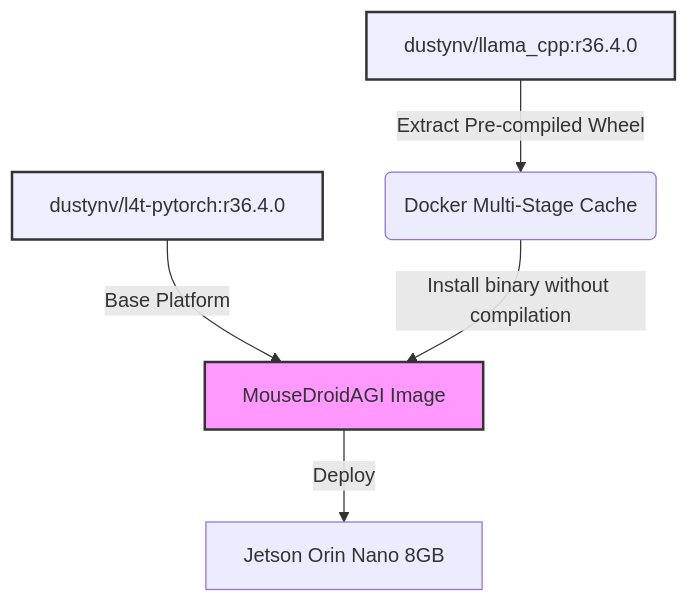
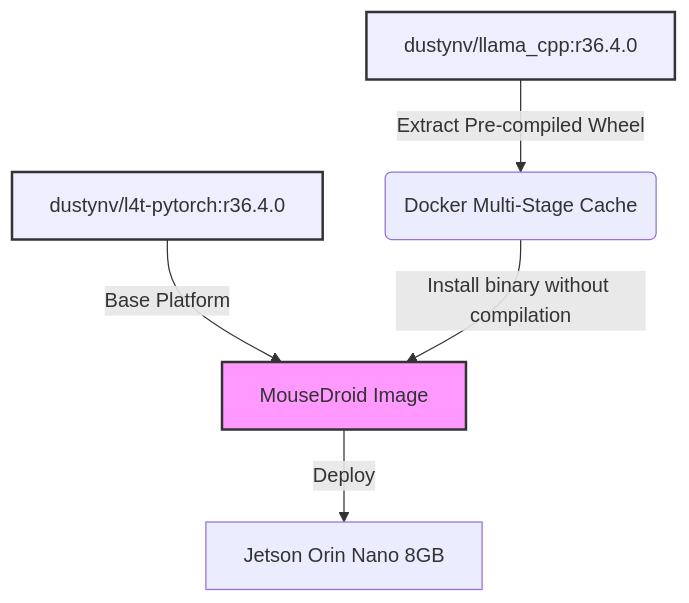
One commit to ianshank/Mouse-Droid-AGI changed the diagram in docs/architecture/ADR-004-prebuilt-ai-containers.md. Above: the diagram before and after it, drawn with Mermaid. The commit also changed other lines of this file and 80 other files, not shown here.

First line of the commit message:
docs: reframe as MouseDroid edge-robotics portfolio; stop tracking large blobs

````diff
--- a/docs/architecture/ADR-004-prebuilt-ai-containers.md
+++ b/docs/architecture/ADR-004-prebuilt-ai-containers.md
@@ -19,13 +19,13 @@
 ```mermaid
 graph TD
     A[dustynv/llama_cpp:r36.4.0] -->|Extract Pre-compiled Wheel| B(Docker Multi-Stage Cache)
-    C[dustynv/l4t-pytorch:r36.4.0] -->|Base Platform| D[MouseDroidAGI Image]
+    C[dustynv/l4t-pytorch:r36.4.0] -->|Base Platform| D[MouseDroid Image]
     B -->|Install binary without compilation| D
     D -->|Deploy| E[Jetson Orin Nano 8GB]
     
     classDef prebuilt fill:#eef,stroke:#333,stroke-width:2px;
     classDef build fill:#f9f,stroke:#333,stroke-width:2px;
     class A prebuilt;
     class C prebuilt;
     class D build;
 ```
````
